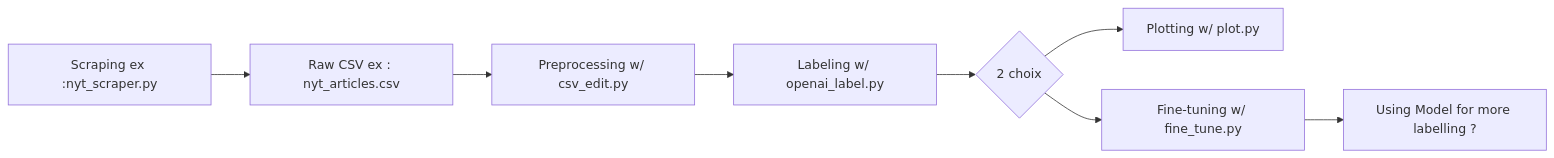
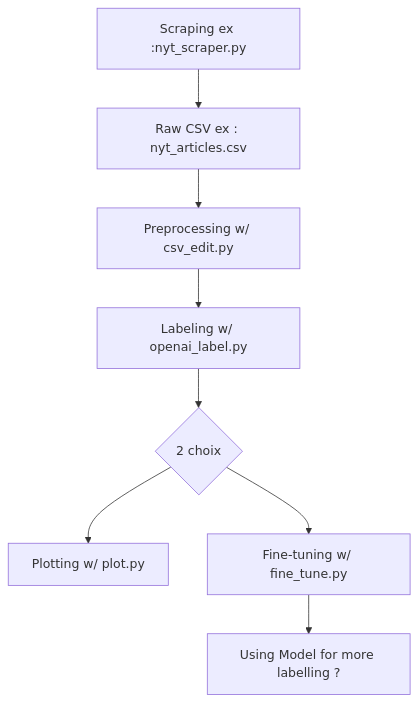
The diagram in README.md (I4MTRUE/ProjetCassiope), drawn with Mermaid before and after one commit.

Commit message:
Better Readability

````diff
--- a/README.md
+++ b/README.md
@@ -74,10 +74,10 @@
 ```mermaid
-flowchart LR
+flowchart TD
     A[Scraping ex :nyt_scraper.py] --> B[Raw CSV ex : nyt_articles.csv]
     B --> C[Preprocessing w/ csv_edit.py]
     C --> D[Labeling w/ openai_label.py]
     D --> E{2 choix}
     E --> F[Plotting w/ plot.py]
     E --> G[Fine-tuning w/ fine_tune.py]
     G --> H[Using Model for more labelling ?]
 ```
````
